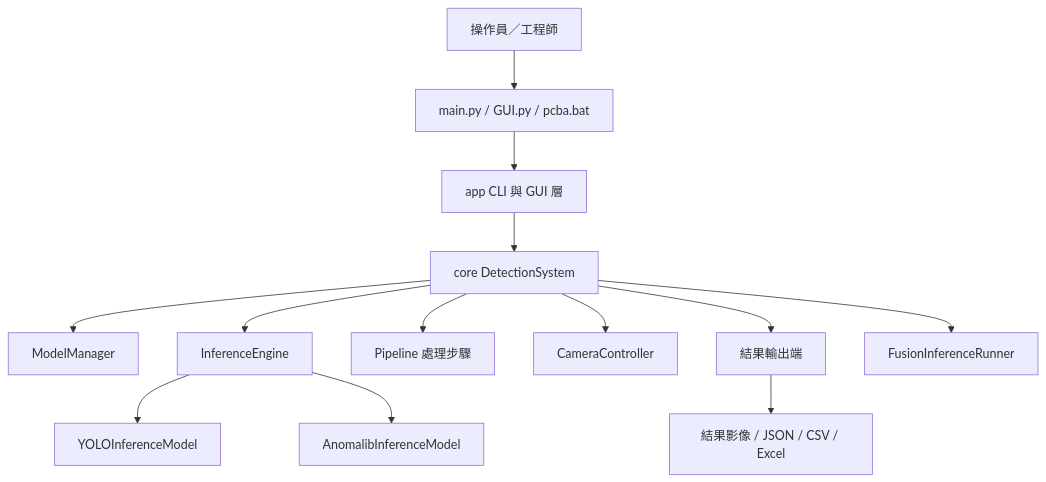
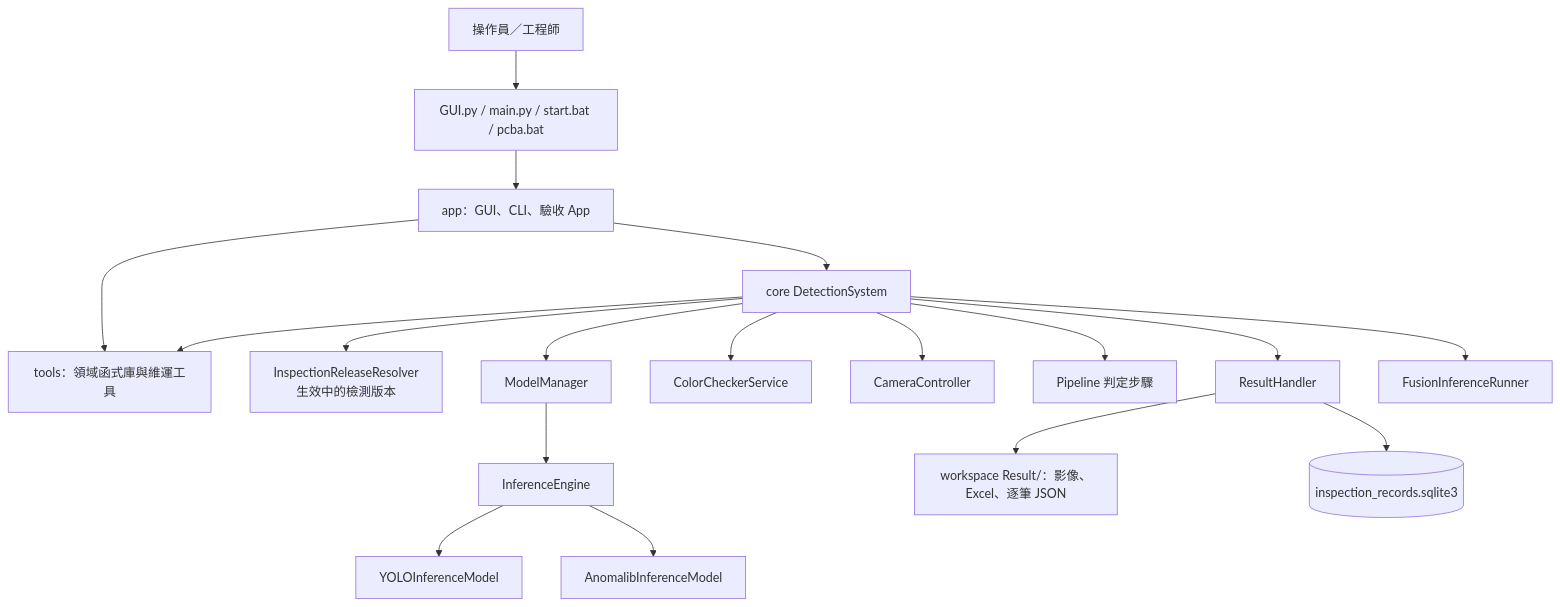
The first of 2 diagrams in docs/architecture/MODULE_ARCHITECTURE_ZH_TW.md (DioWang67/Yolo_anomalib), drawn with Mermaid before and after one commit. The commit also changed other lines of this file and 2 other files, not shown here.

First line of the commit message:
docs(architecture): rewrite the module architecture from a code audit

````diff
--- a/docs/architecture/MODULE_ARCHITECTURE_ZH_TW.md
+++ b/docs/architecture/MODULE_ARCHITECTURE_ZH_TW.md
@@ -13,15 +18,20 @@
 ```mermaid
 graph TD
-    User[操作員／工程師] --> Entrypoints[main.py / GUI.py / pcba.bat]
-    Entrypoints --> App[app CLI 與 GUI 層]
+    User[操作員／工程師] --> Entrypoints[GUI.py / main.py / start.bat / pcba.bat]
+    Entrypoints --> App[app：GUI、CLI、驗收 App]
     App --> Core[core DetectionSystem]
+    App --> Tools[tools：領域函式庫與維運工具]
+    Core --> Release[InspectionReleaseResolver<br/>生效中的檢測版本]
     Core --> ModelManager[ModelManager]
-    Core --> InferenceEngine[InferenceEngine]
-    Core --> Pipeline[Pipeline 處理步驟]
+    Core --> Color[ColorCheckerService]
     Core --> Camera[CameraController]
-    Core --> Results[結果輸出端]
+    Core --> Pipeline[Pipeline 判定步驟]
+    Core --> Results[ResultHandler]
+    Core --> Tools
+    ModelManager --> InferenceEngine[InferenceEngine]
     InferenceEngine --> YOLO[YOLOInferenceModel]
     InferenceEngine --> Anomalib[AnomalibInferenceModel]
     Core --> Fusion[FusionInferenceRunner]
-    Results --> Disk[結果影像 / JSON / CSV / Excel]
+    Results --> Disk[workspace Result/：影像、Excel、逐筆 JSON]
+    Results --> DB[(inspection_records.sqlite3)]
 ```
````
